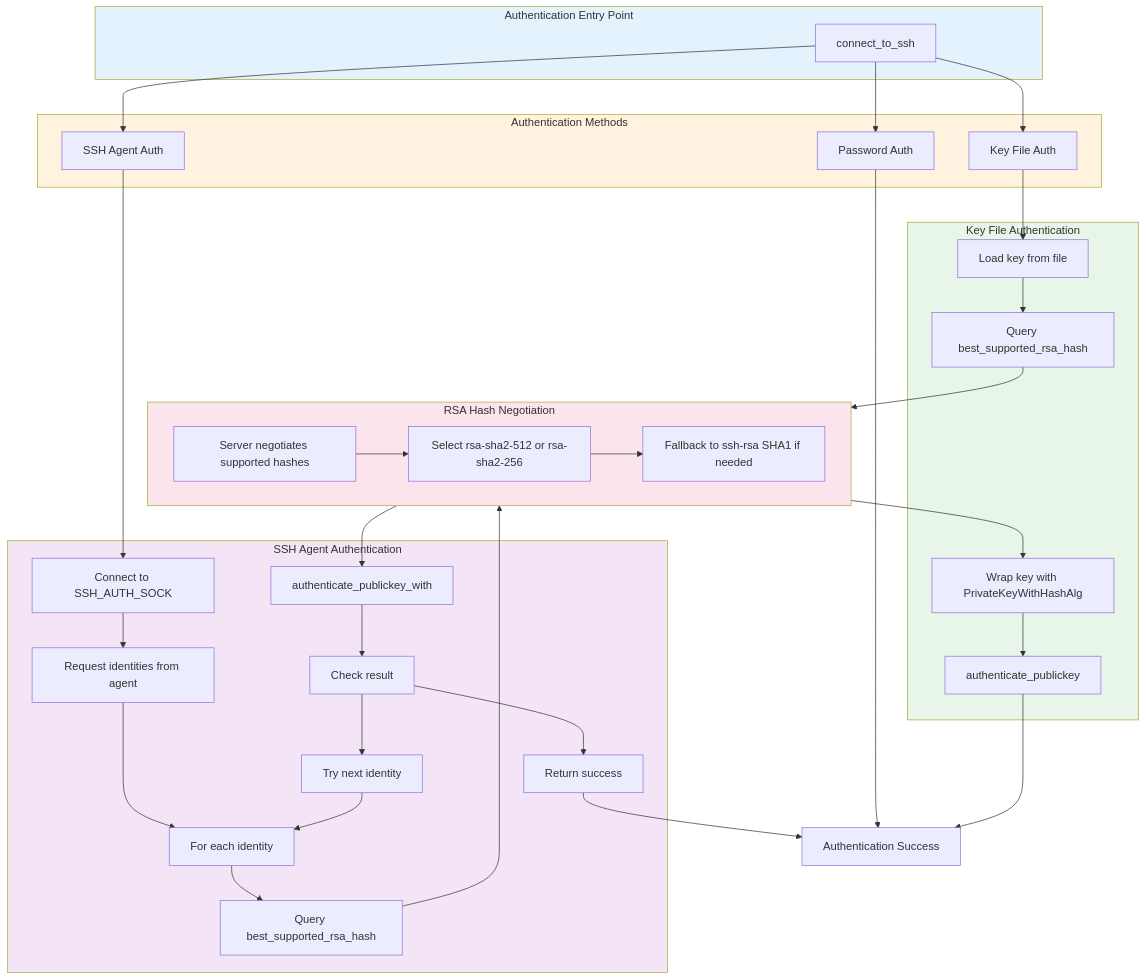
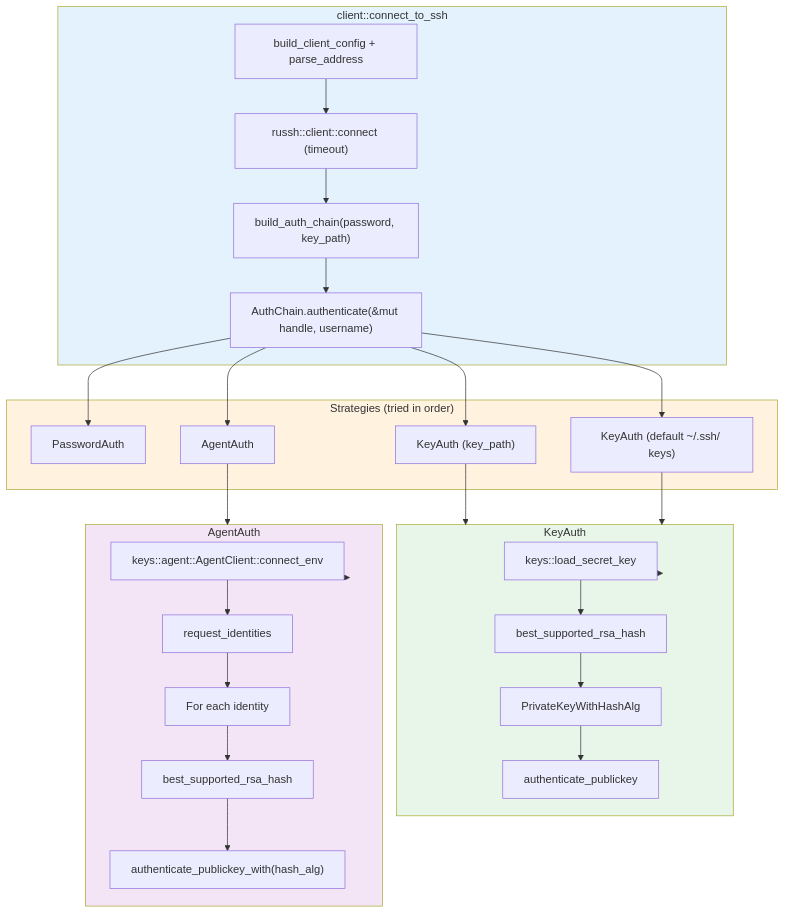
The fourth of 11 diagrams in docs/ARCHITECTURE.md (farchanjo/ssh-mcp), drawn with Mermaid before and after one commit. The commit also changed other lines of this file and 5 other files, not shown here.

````diff
--- a/docs/ARCHITECTURE.md
+++ b/docs/ARCHITECTURE.md
@@ -532,72 +403,52 @@
 ```mermaid
 flowchart TB
-    subgraph Entry["Authentication Entry Point"]
-        Start["connect_to_ssh"]
+    subgraph Entry["client::connect_to_ssh"]
+        Start["build_client_config + parse_address"]
+        Connect["russh::client::connect (timeout)"]
+        BuildChain["build_auth_chain(password, key_path)"]
+        Authenticate["AuthChain.authenticate(&mut handle, username)"]
     end
 
-    subgraph Methods["Authentication Methods"]
-        Password["Password Auth"]
-        KeyFile["Key File Auth"]
-        Agent["SSH Agent Auth"]
+    subgraph Methods["Strategies (tried in order)"]
+        Password["PasswordAuth"]
+        KeyExplicit["KeyAuth (key_path)"]
+        KeyDefault["KeyAuth (default ~/.ssh/ keys)"]
+        Agent["AgentAuth"]
     end
 
-    subgraph KeyAuth["Key File Authentication"]
-        LoadKey["Load key from file"]
-        QueryHash1["Query best_supported_rsa_hash"]
-        WrapKey["Wrap key with PrivateKeyWithHashAlg"]
-        AuthKey["authenticate_publickey"]
+    subgraph KeyFlow["KeyAuth"]
+        LoadKey["keys::load_secret_key"]
+        QueryRSA["best_supported_rsa_hash"]
+        Wrap["PrivateKeyWithHashAlg"]
+        DoAuth["authenticate_publickey"]
     end
 
-    subgraph AgentAuth["SSH Agent Authentication"]
-        ConnectAgent["Connect to SSH_AUTH_SOCK"]
-        GetIdentities["Request identities from agent"]
-        LoopStart["For each identity"]
-        QueryHash2["Query best_supported_rsa_hash"]
-        TryAuth["authenticate_publickey_with"]
-        CheckResult["Check result"]
-        NextId["Try next identity"]
-        AgentSuccess["Return success"]
+    subgraph AgentFlow["AgentAuth"]
+        ConnectAgent["keys::agent::AgentClient::connect_env"]
+        ListIds["request_identities"]
+        LoopIds["For each identity"]
+        QueryAgentRSA["best_supported_rsa_hash"]
+        AgentAuthCall["authenticate_publickey_with(hash_alg)"]
     end
 
-    subgraph RSAHash["RSA Hash Negotiation"]
-        Negotiate["Server negotiates supported hashes"]
-        SelectHash["Select rsa-sha2-512 or rsa-sha2-256"]
-        FallbackSHA1["Fallback to ssh-rsa SHA1 if needed"]
-    end
+    Start --> Connect
+    Connect --> BuildChain
+    BuildChain --> Authenticate
 
-    Start --> Password
-    Start --> KeyFile
-    Start --> Agent
+    Authenticate --> Password
+    Authenticate --> KeyExplicit
+    Authenticate --> KeyDefault
+    Authenticate --> Agent
 
-    Password --> AuthSuccess
+    KeyExplicit --> KeyFlow
+    KeyDefault --> KeyFlow
+    KeyFlow --> LoadKey --> QueryRSA --> Wrap --> DoAuth
 
-    KeyFile --> LoadKey
-    LoadKey --> QueryHash1
-    QueryHash1 --> RSAHash
-    RSAHash --> WrapKey
-    WrapKey --> AuthKey
-    AuthKey --> AuthSuccess
-
-    Agent --> ConnectAgent
-    ConnectAgent --> GetIdentities
-    GetIdentities --> LoopStart
-    LoopStart --> QueryHash2
-    QueryHash2 --> RSAHash
-    RSAHash --> TryAuth
-    TryAuth --> CheckResult
-    CheckResult --> NextId
-    CheckResult --> AgentSuccess
-    NextId --> LoopStart
-    AgentSuccess --> AuthSuccess
-
-    Negotiate --> SelectHash
-    SelectHash --> FallbackSHA1
-
-    AuthSuccess["Authentication Success"]
+    Agent --> AgentFlow
+    AgentFlow --> ConnectAgent --> ListIds --> LoopIds --> QueryAgentRSA --> AgentAuthCall
 
     style Entry fill:#e3f2fd
     style Methods fill:#fff3e0
-    style KeyAuth fill:#e8f5e9
-    style AgentAuth fill:#f3e5f5
-    style RSAHash fill:#fce4ec
+    style KeyFlow fill:#e8f5e9
+    style AgentFlow fill:#f3e5f5
 ```
````
